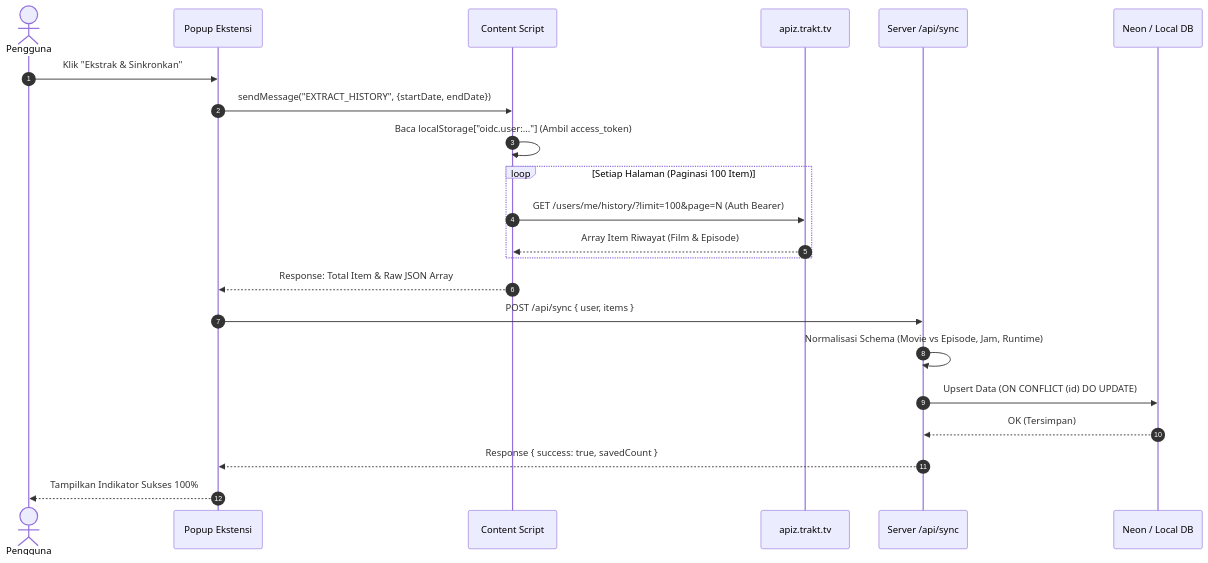
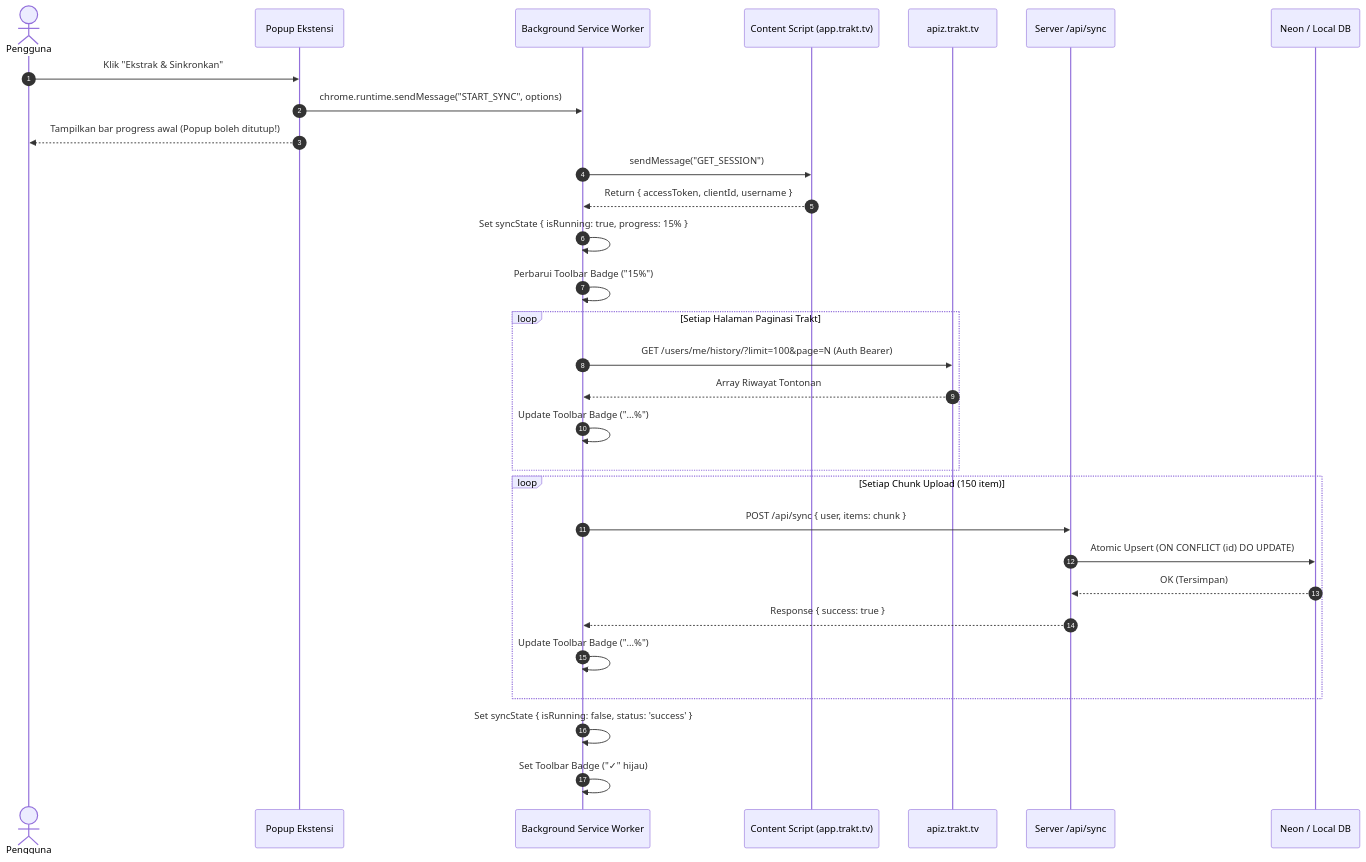
One commit to alfarisg34/TraktLens changed the second of 2 diagrams in ARCHITECTURE.md. Above: the diagram before and after it, drawn with Mermaid. The commit also changed other lines of this file and 17 other files, not shown here.

Commit message:
feat(v0.2.0): background service worker, bento grid faktau unik, toggle ranking serial, and traktlens logo

````diff
--- a/ARCHITECTURE.md
+++ b/ARCHITECTURE.md
@@ -56,25 +59,33 @@
 ```mermaid
 sequenceDiagram
     autonumber
     actor User as Pengguna
     participant Pop as Popup Ekstensi
-    participant CS as Content Script
+    participant BG as Background Service Worker
+    participant CS as Content Script (app.trakt.tv)
     participant TAPI as apiz.trakt.tv
     participant Srv as Server /api/sync
     participant DB as Neon / Local DB
 
     User->>Pop: Klik "Ekstrak & Sinkronkan"
-    Pop->>CS: sendMessage("EXTRACT_HISTORY", {startDate, endDate})
-    CS->>CS: Baca localStorage["oidc.user:..."] (Ambil access_token)
-    loop Setiap Halaman (Paginasi 100 Item)
-        CS->>TAPI: GET /users/me/history/?limit=100&page=N (Auth Bearer)
-        TAPI-->>CS: Array Item Riwayat (Film & Episode)
+    Pop->>BG: chrome.runtime.sendMessage("START_SYNC", options)
+    Pop-->>User: Tampilkan bar progress awal (Popup boleh ditutup!)
+    BG->>CS: sendMessage("GET_SESSION")
+    CS-->>BG: Return { accessToken, clientId, username }
+    BG->>BG: Set syncState { isRunning: true, progress: 15% }
+    BG->>BG: Perbarui Toolbar Badge ("15%")
+    loop Setiap Halaman Paginasi Trakt
+        BG->>TAPI: GET /users/me/history/?limit=100&page=N (Auth Bearer)
+        TAPI-->>BG: Array Riwayat Tontonan
+        BG->>BG: Update Toolbar Badge ("...%")
     end
-    CS-->>Pop: Response: Total Item & Raw JSON Array
-    Pop->>Srv: POST /api/sync { user, items }
-    Srv->>Srv: Normalisasi Schema (Movie vs Episode, Jam, Runtime)
-    Srv->>DB: Upsert Data (ON CONFLICT (id) DO UPDATE)
-    DB-->>Srv: OK (Tersimpan)
-    Srv-->>Pop: Response { success: true, savedCount }
-    Pop-->>User: Tampilkan Indikator Sukses 100%
+    loop Setiap Chunk Upload (150 item)
+        BG->>Srv: POST /api/sync { user, items: chunk }
+        Srv->>DB: Atomic Upsert (ON CONFLICT (id) DO UPDATE)
+        DB-->>Srv: OK (Tersimpan)
+        Srv-->>BG: Response { success: true }
+        BG->>BG: Update Toolbar Badge ("...%")
+    end
+    BG->>BG: Set syncState { isRunning: false, status: 'success' }
+    BG->>BG: Set Toolbar Badge ("✓" hijau)
 ```
````
